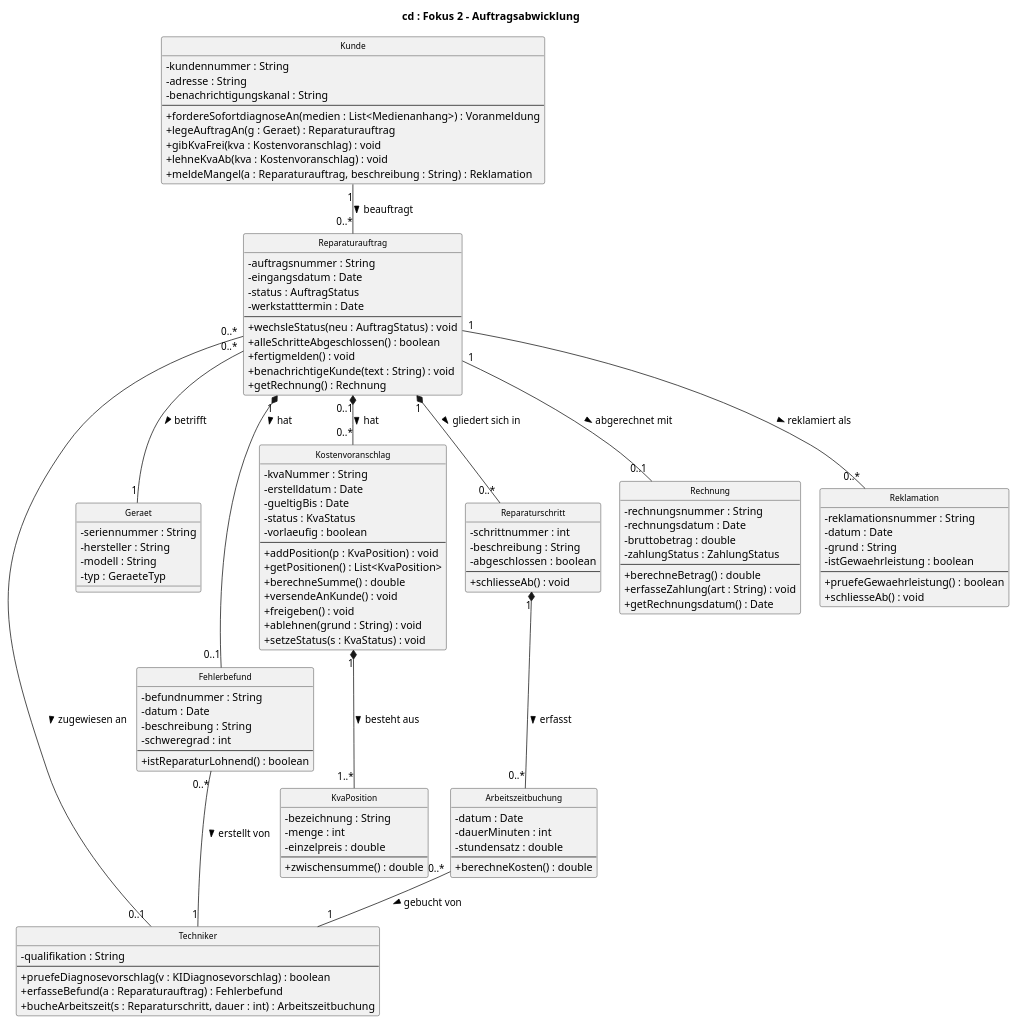
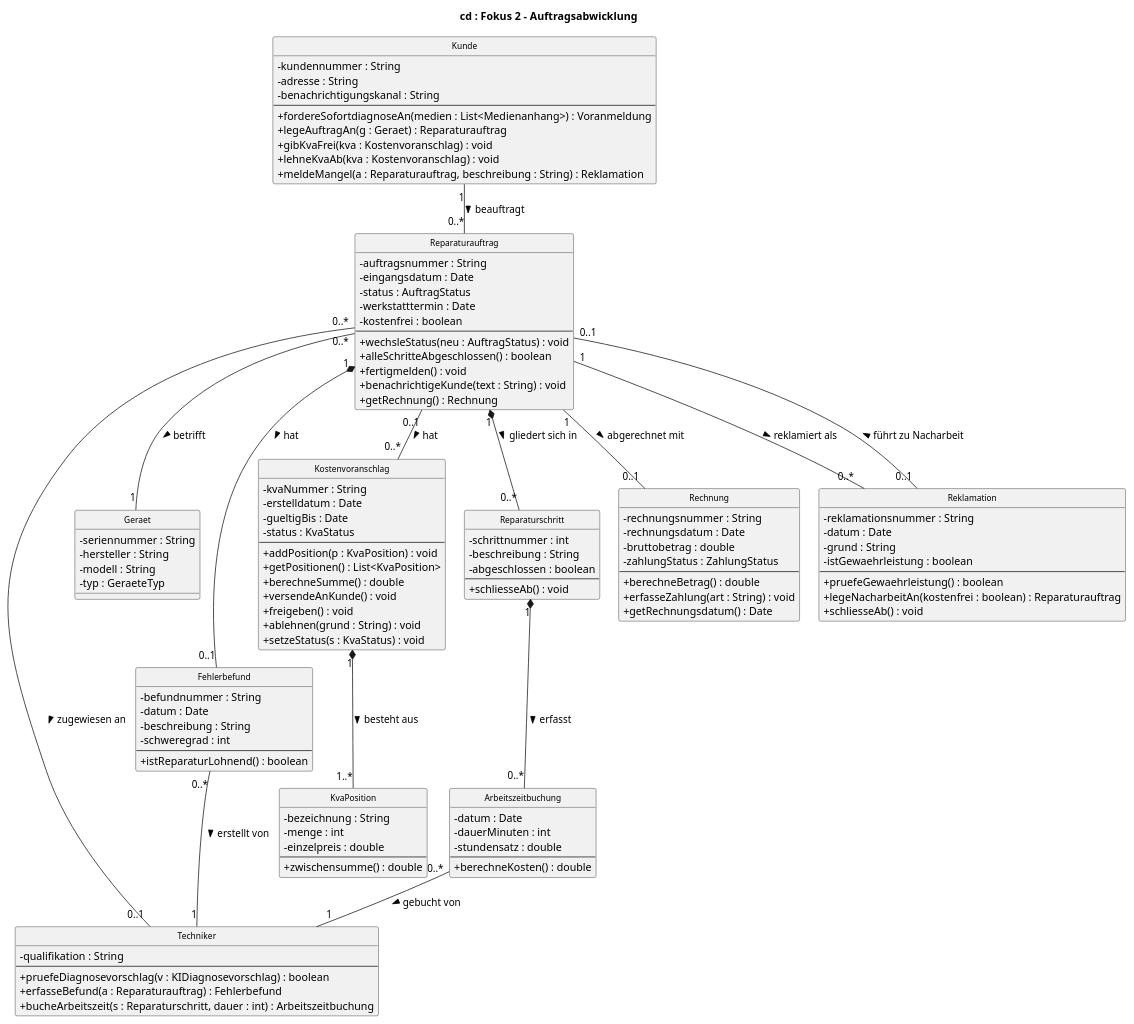
The diagram in uml/klassen-fokus-2-auftrag.puml (jakobschwan123-cmd/casestudy-semester-3), drawn with PlantUML before and after one commit. The commit also changed 75 other files, not shown here.

```diff
--- a/uml/klassen-fokus-2-auftrag.puml
+++ b/uml/klassen-fokus-2-auftrag.puml
@@ -1,121 +1,123 @@
 @startuml
 skinparam classAttributeIconSize 0
 skinparam defaultFontName Arial
 skinparam classFontSize 11
 skinparam nodesep 25
 skinparam ranksep 45
 hide circle
 title cd : Fokus 2 – Auftragsabwicklung
 
 class Kunde {
   - kundennummer : String
   - adresse : String
   - benachrichtigungskanal : String
   --
   + fordereSofortdiagnoseAn(medien : List<Medienanhang>) : Voranmeldung
   + legeAuftragAn(g : Geraet) : Reparaturauftrag
   + gibKvaFrei(kva : Kostenvoranschlag) : void
   + lehneKvaAb(kva : Kostenvoranschlag) : void
   + meldeMangel(a : Reparaturauftrag, beschreibung : String) : Reklamation
 }
 class Techniker {
   - qualifikation : String
   --
   + pruefeDiagnosevorschlag(v : KIDiagnosevorschlag) : boolean
   + erfasseBefund(a : Reparaturauftrag) : Fehlerbefund
   + bucheArbeitszeit(s : Reparaturschritt, dauer : int) : Arbeitszeitbuchung
 }
 class Reparaturauftrag {
   - auftragsnummer : String
   - eingangsdatum : Date
   - status : AuftragStatus
   - werkstatttermin : Date
+  - kostenfrei : boolean
   --
   + wechsleStatus(neu : AuftragStatus) : void
   + alleSchritteAbgeschlossen() : boolean
   + fertigmelden() : void
   + benachrichtigeKunde(text : String) : void
   + getRechnung() : Rechnung
 }
 class Geraet {
   - seriennummer : String
   - hersteller : String
   - modell : String
   - typ : GeraeteTyp
 }
 class Fehlerbefund {
   - befundnummer : String
   - datum : Date
   - beschreibung : String
   - schweregrad : int
   --
   + istReparaturLohnend() : boolean
 }
 class Kostenvoranschlag {
   - kvaNummer : String
   - erstelldatum : Date
   - gueltigBis : Date
   - status : KvaStatus
-  - vorlaeufig : boolean
   --
   + addPosition(p : KvaPosition) : void
   + getPositionen() : List<KvaPosition>
   + berechneSumme() : double
   + versendeAnKunde() : void
   + freigeben() : void
   + ablehnen(grund : String) : void
   + setzeStatus(s : KvaStatus) : void
 }
 class KvaPosition {
   - bezeichnung : String
   - menge : int
   - einzelpreis : double
   --
   + zwischensumme() : double
 }
 class Reparaturschritt {
   - schrittnummer : int
   - beschreibung : String
   - abgeschlossen : boolean
   --
   + schliesseAb() : void
 }
 class Arbeitszeitbuchung {
   - datum : Date
   - dauerMinuten : int
   - stundensatz : double
   --
   + berechneKosten() : double
 }
 class Rechnung {
   - rechnungsnummer : String
   - rechnungsdatum : Date
   - bruttobetrag : double
   - zahlungStatus : ZahlungStatus
   --
   + berechneBetrag() : double
   + erfasseZahlung(art : String) : void
   + getRechnungsdatum() : Date
 }
 class Reklamation {
   - reklamationsnummer : String
   - datum : Date
   - grund : String
   - istGewaehrleistung : boolean
   --
   + pruefeGewaehrleistung() : boolean
+  + legeNacharbeitAn(kostenfrei : boolean) : Reparaturauftrag
   + schliesseAb() : void
 }
 Kunde "1" -down- "0..*" Reparaturauftrag : beauftragt >
 Reparaturauftrag "0..*" -- "1" Geraet : betrifft >
 Reparaturauftrag "0..*" -- "0..1" Techniker : zugewiesen an >
 Reparaturauftrag "1" *-- "0..1" Fehlerbefund : hat >
 Fehlerbefund "0..*" -- "1" Techniker : erstellt von >
-Reparaturauftrag "0..1" *-- "0..*" Kostenvoranschlag : hat >
+Reparaturauftrag "0..1" -- "0..*" Kostenvoranschlag : hat >
 Kostenvoranschlag "1" *-down- "1..*" KvaPosition : besteht aus >
 Reparaturauftrag "1" *-down- "0..*" Reparaturschritt : gliedert sich in >
 Reparaturschritt "1" *-down- "0..*" Arbeitszeitbuchung : erfasst >
 Arbeitszeitbuchung "0..*" -- "1" Techniker : gebucht von >
 Reparaturauftrag "1" -down- "0..1" Rechnung : abgerechnet mit >
 Reparaturauftrag "1" -down- "0..*" Reklamation : reklamiert als >
+Reklamation "0..1" -- "0..1" Reparaturauftrag : führt zu Nacharbeit >
 @enduml
```
